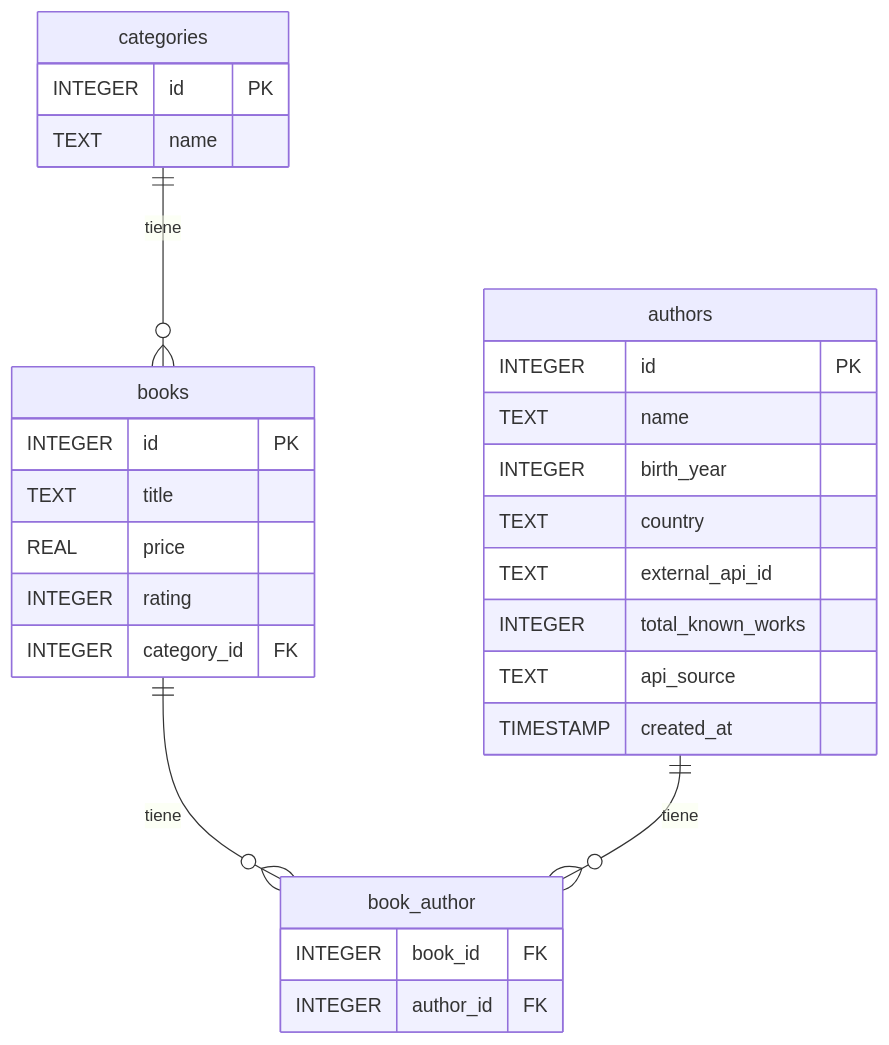
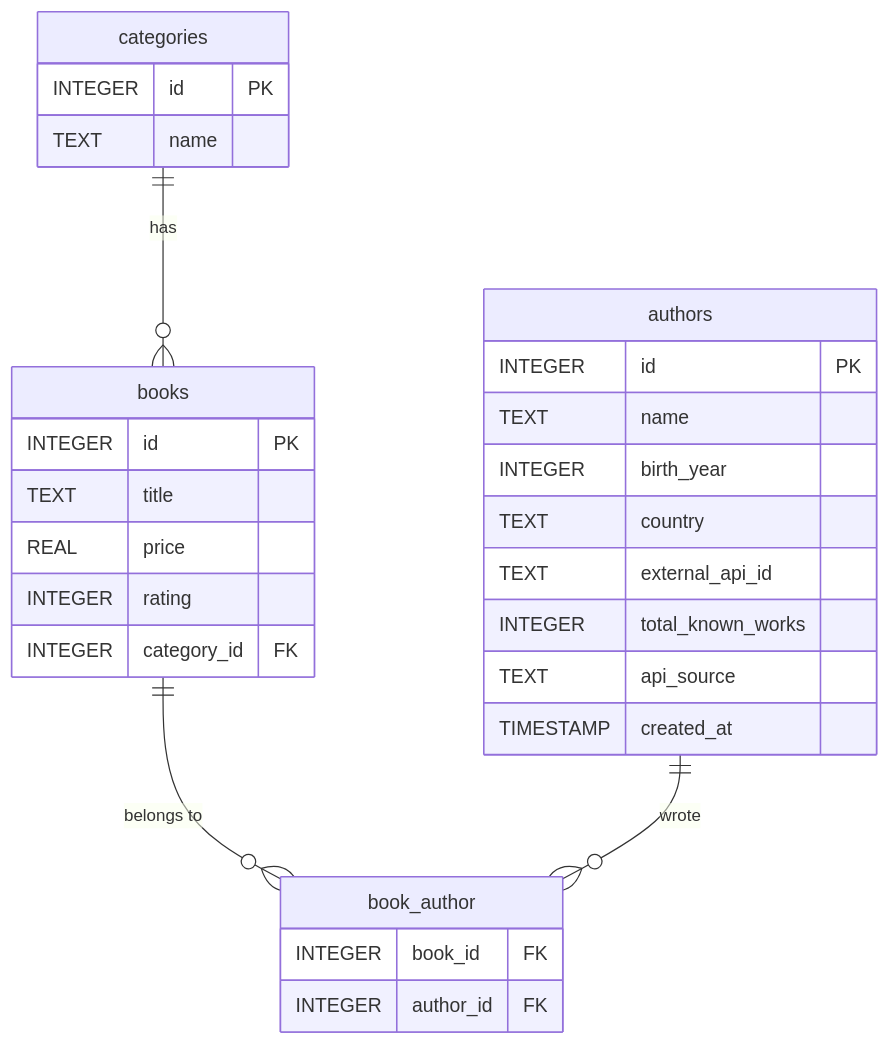
Before and after one commit to IvanOcampos/web-scraping-sql-analysis: the diagram in README.md, drawn with Mermaid. The commit also changed other lines of this file and 1 other file, not shown here.

````diff
--- a/README.md
+++ b/README.md
@@ -9,35 +51,32 @@
 ```mermaid
 erDiagram
     categories {
         INTEGER id PK
         TEXT name
     }
-
     books {
         INTEGER id PK
         TEXT title
         REAL price
         INTEGER rating
         INTEGER category_id FK
     }
-
     authors {
         INTEGER id PK
         TEXT name
         INTEGER birth_year
         TEXT country
         TEXT external_api_id
         INTEGER total_known_works
         TEXT api_source
         TIMESTAMP created_at
     }
-
     book_author {
         INTEGER book_id FK
         INTEGER author_id FK
     }
 
-    categories ||--o{ books : "tiene"
-    books ||--o{ book_author : "tiene"
-    authors ||--o{ book_author : "tiene"
+    categories ||--o{ books : "has"
+    books ||--o{ book_author : "belongs to"
+    authors ||--o{ book_author : "wrote"
 ```
````
